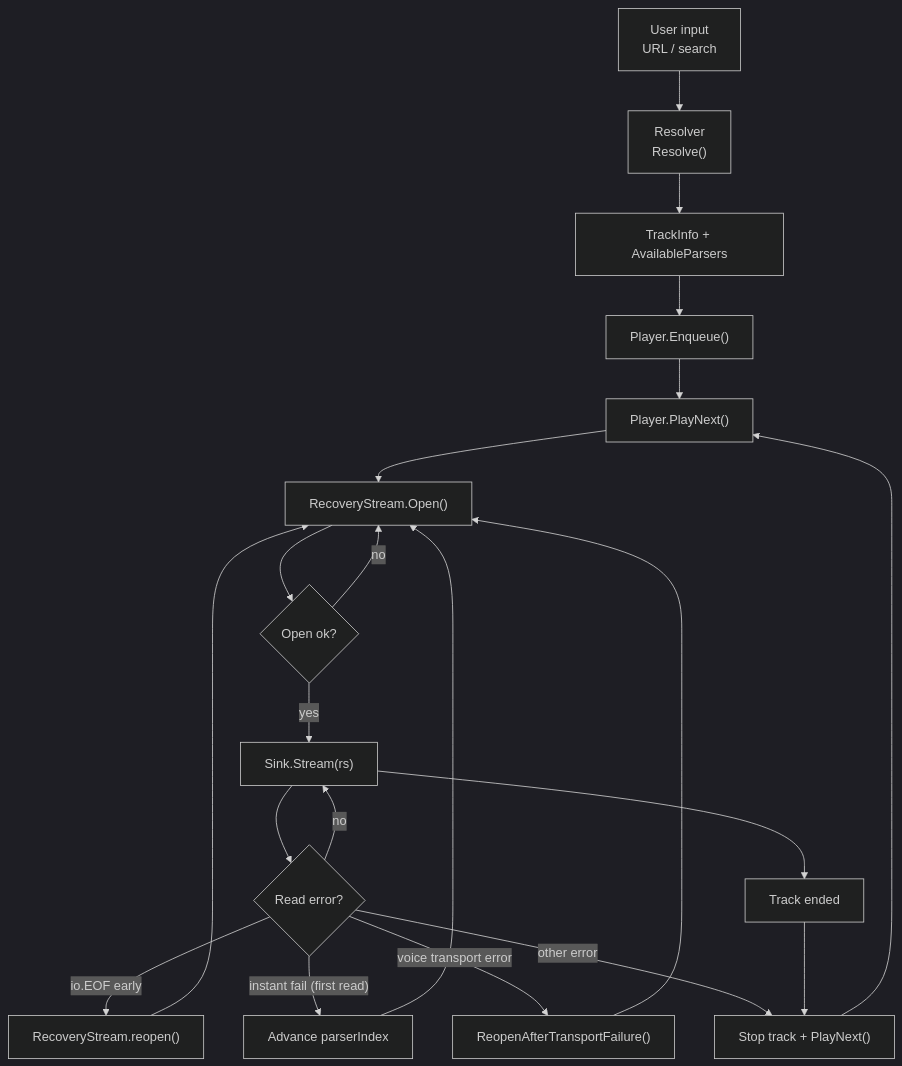
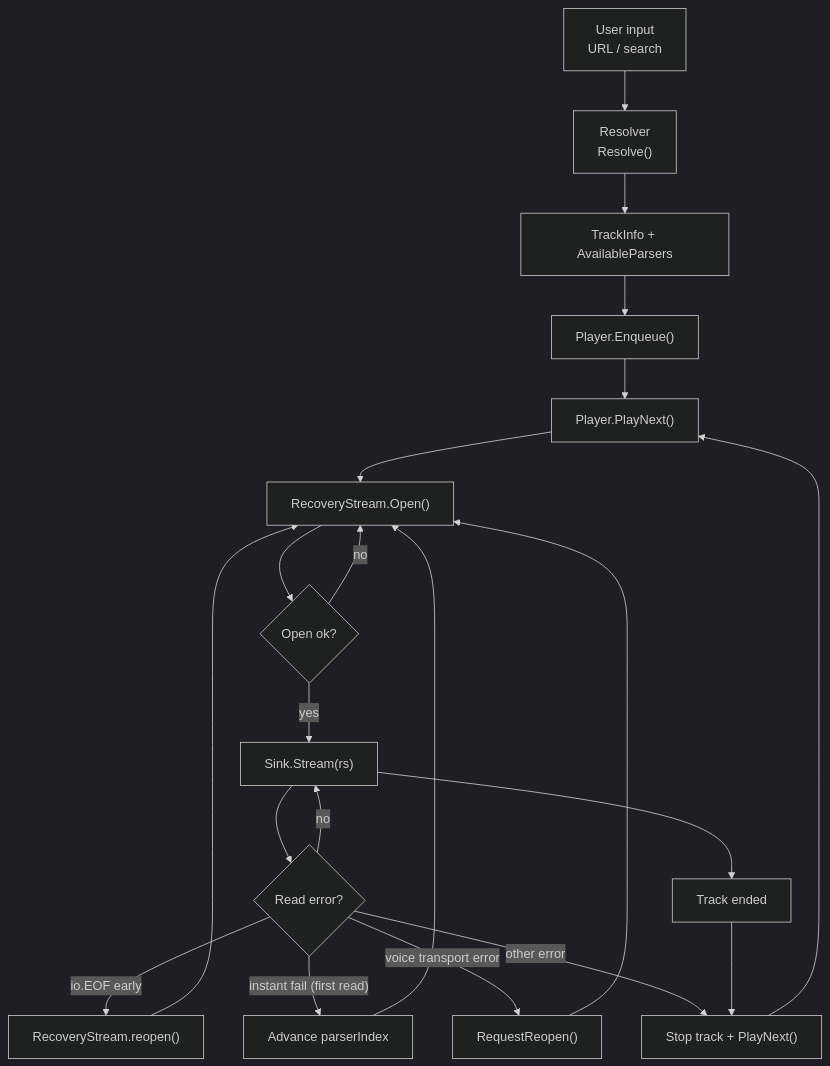
Before and after one commit to keshon/melodix: the diagram in pkg/music/README.md, drawn with Mermaid (dark theme). The commit also changed other lines of this file and 3 other files, not shown here.

````diff
--- a/pkg/music/README.md
+++ b/pkg/music/README.md
@@ -15,23 +15,23 @@
 ```mermaid
 flowchart TD
   A["User input<br/>URL / search"] --> B["Resolver<br/>Resolve()"]
   B --> C["TrackInfo + AvailableParsers"]
   C --> D["Player.Enqueue()"]
   D --> E["Player.PlayNext()"]
   E --> F["RecoveryStream.Open()"]
   F --> G{"Open ok?"}
   G -- no --> F
   G -- yes --> H["Sink.Stream(rs)"]
   H --> I{"Read error?"}
   I -- no --> H
   I -- io.EOF early --> J["RecoveryStream.reopen()"]
   J --> F
   I -- instant fail (first read) --> K["Advance parserIndex"]
   K --> F
-  I -- voice transport error --> L["ReopenAfterTransportFailure()"]
+  I -- voice transport error --> L["RequestReopen()"]
   L --> F
   I -- other error --> M["Stop track + PlayNext()"]
   M --> E
   H --> N["Track ended"]
   N --> M
 ```
````
